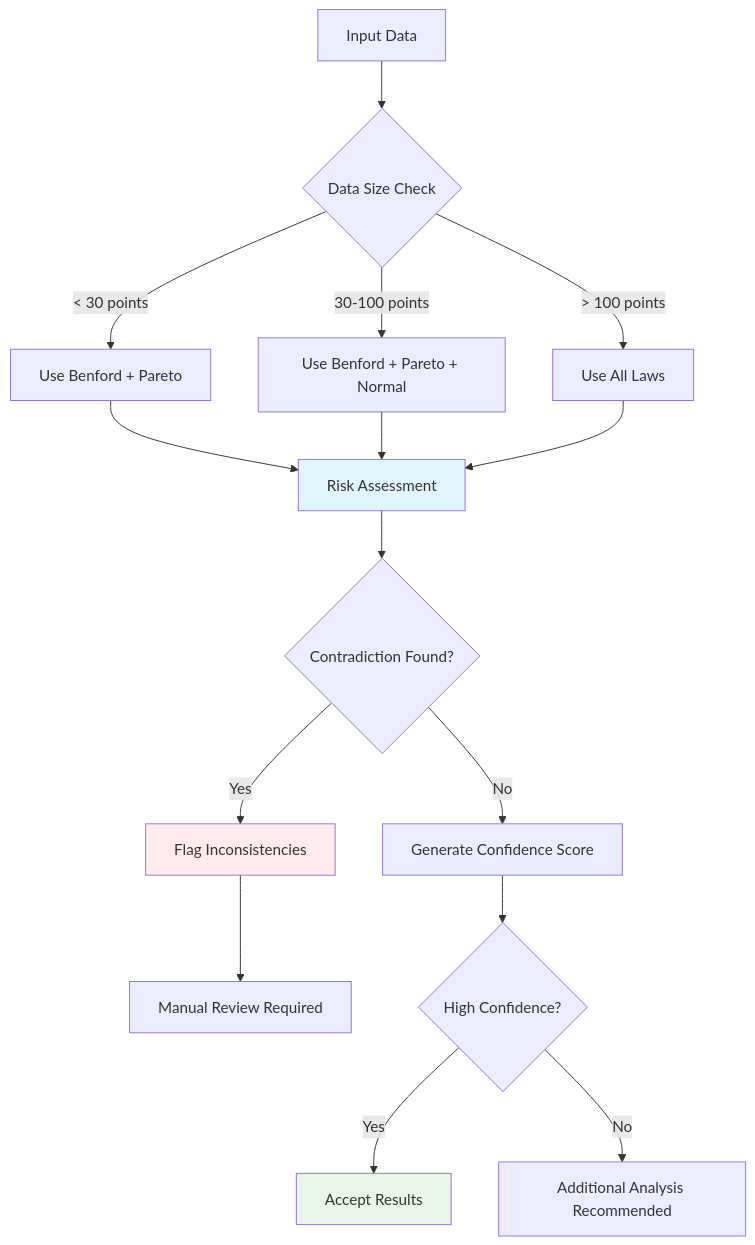
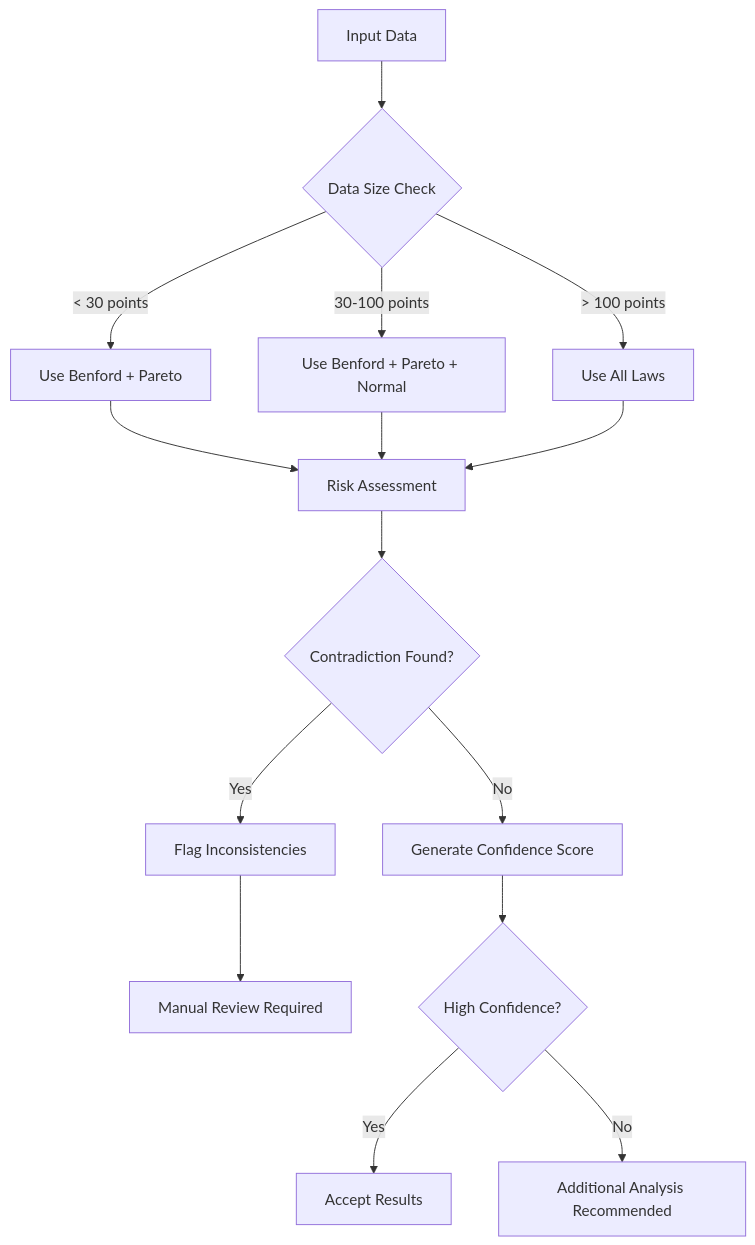
The diagram in docs/user-guide/usage.md (kako-jun/lawkit), drawn with Mermaid before and after one commit. The commit also changed 3 other files, not shown here.

First line of the commit message:
fix: remove explicit color styling from mermaid diagrams for dark theme compatibility

````diff
--- a/docs/user-guide/usage.md
+++ b/docs/user-guide/usage.md
@@ -341,24 +341,21 @@
 ```mermaid
 flowchart TD
     A[Input Data] --> B{Data Size Check}
     B -->|< 30 points| C[Use Benford + Pareto]
     B -->|30-100 points| D[Use Benford + Pareto + Normal]
     B -->|> 100 points| E[Use All Laws]
     
     C --> F[Risk Assessment]
     D --> F
     E --> F
     
     F --> G{Contradiction Found?}
     G -->|Yes| H[Flag Inconsistencies]
     G -->|No| I[Generate Confidence Score]
     
     H --> J[Manual Review Required]
     I --> K{High Confidence?}
     K -->|Yes| L[Accept Results]
     K -->|No| M[Additional Analysis Recommended]
     
-    style F fill:#e1f5fe
-    style H fill:#ffebee
-    style L fill:#e8f5e8
 ```
````
